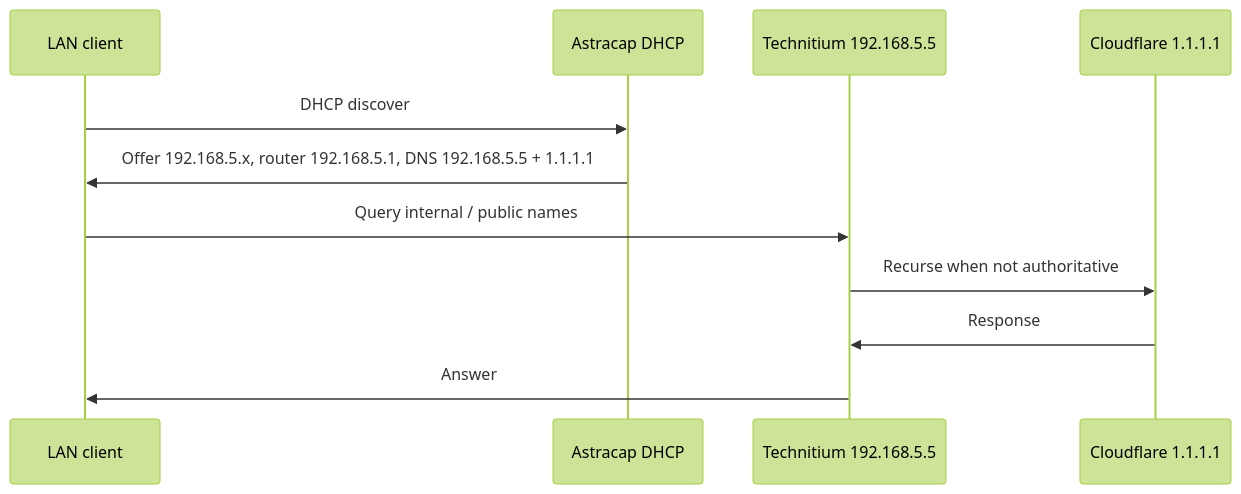
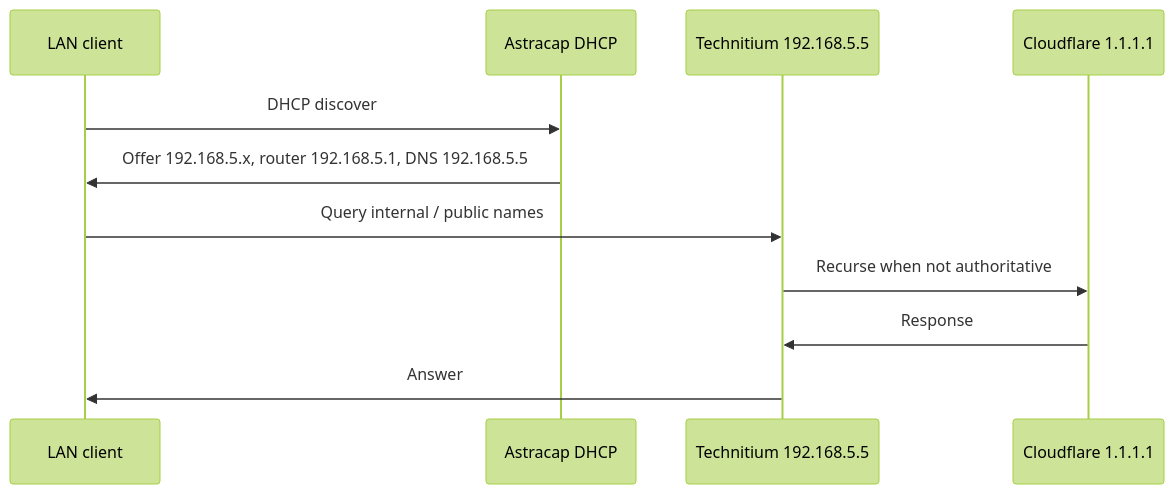
The third of 3 diagrams in docs/network-topology.md (PrestonHager/nixos-configs), drawn with Mermaid (forest theme) before and after one commit. The commit also changed 2 other files, not shown here.

Commit message:
docs: DHCP hands out Technitium only (1.1.1.1 fallback removed)
Astracap LAN-Pool now advertises dns-server 192.168.5.5 only. Apple
devices used the 1.1.1.1 secondary, got the WAN IP for ace services and
timed out because Astracap has no NAT hairpin.

````diff
--- a/docs/network-topology.md
+++ b/docs/network-topology.md
@@ -146,14 +146,14 @@
 ```mermaid
 sequenceDiagram
   participant C as LAN client
   participant D as Astracap DHCP
   participant T as Technitium 192.168.5.5
   participant CF as Cloudflare 1.1.1.1
 
   C->>D: DHCP discover
-  D->>C: Offer 192.168.5.x, router 192.168.5.1, DNS 192.168.5.5 + 1.1.1.1
+  D->>C: Offer 192.168.5.x, router 192.168.5.1, DNS 192.168.5.5
   C->>T: Query internal / public names
   T->>CF: Recurse when not authoritative
   CF->>T: Response
   T->>C: Answer
 ```
````
